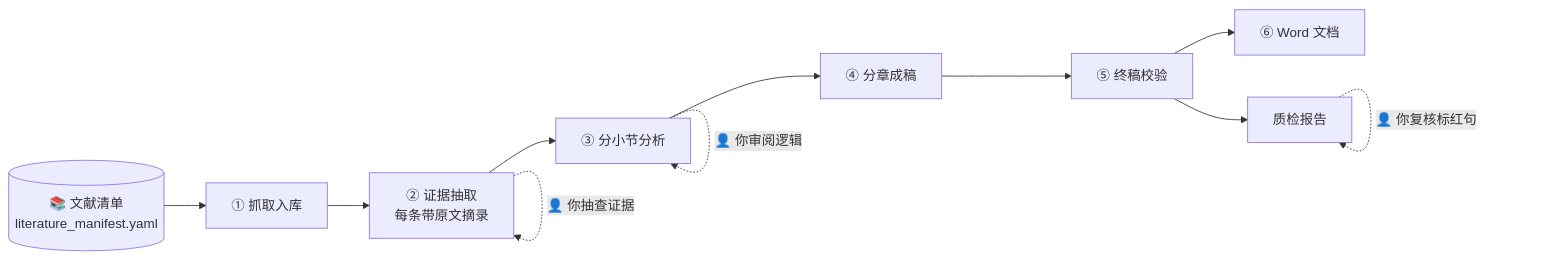
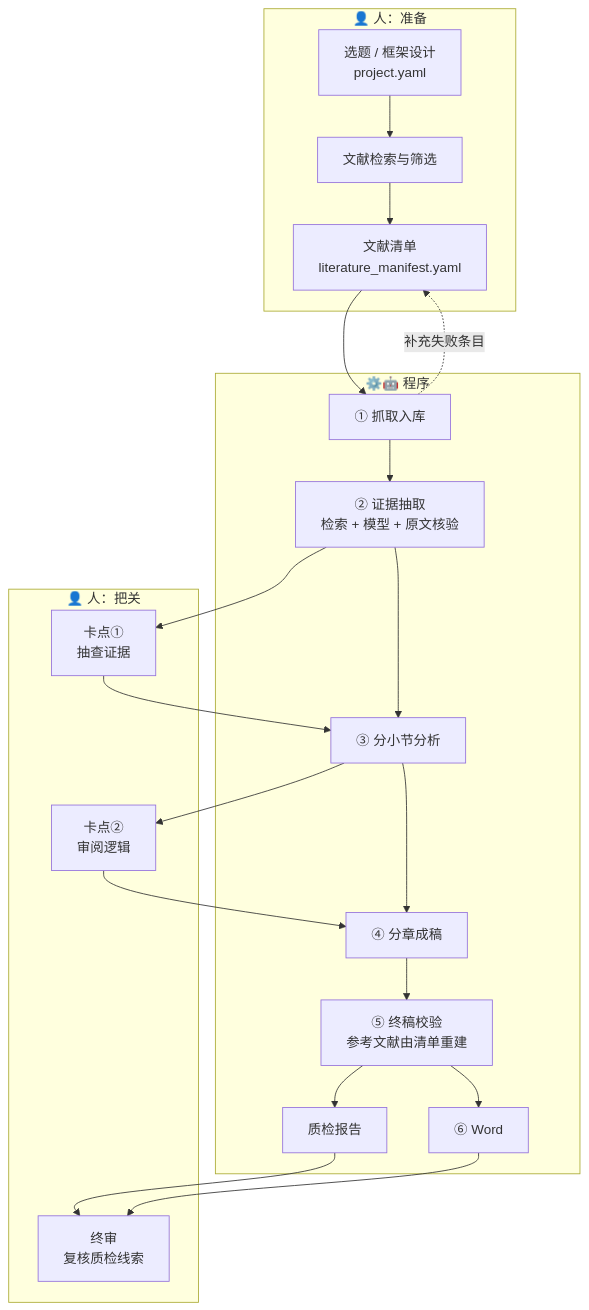
The diagram in README.md (Andreawwwbnu/Scientific_Report_Workflow), drawn with Mermaid before and after one commit. The commit also changed other lines of this file and 26 other files, not shown here.

````diff
--- a/README.md
+++ b/README.md
@@ -8,13 +64,25 @@
 ```mermaid
-flowchart LR
-    A[("📚 文献清单<br/>literature_manifest.yaml")] --> B["① 抓取入库"]
-    B --> C["② 证据抽取<br/>每条带原文摘录"]
-    C --> D["③ 分小节分析"]
-    D --> E["④ 分章成稿"]
-    E --> F["⑤ 终稿校验"]
-    F --> G["⑥ Word 文档"]
-    F --> H["质检报告"]
-    C -. "👤 你抽查证据" .-> C
-    D -. "👤 你审阅逻辑" .-> D
-    H -. "👤 你复核标红句" .-> H
+flowchart TB
+    subgraph H1["👤 人：准备"]
+        A0["选题 / 框架设计<br/>project.yaml"] --> A1["文献检索与筛选"] --> A2["文献清单<br/>literature_manifest.yaml"]
+    end
+    subgraph P["⚙️🤖 程序"]
+        B["① 抓取入库"] --> C["② 证据抽取<br/>检索 + 模型 + 原文核验"]
+        C --> D["③ 分小节分析"]
+        D --> E["④ 分章成稿"]
+        E --> F["⑤ 终稿校验<br/>参考文献由清单重建"]
+        F --> G["⑥ Word"]
+        F --> Q["质检报告"]
+    end
+    subgraph H2["👤 人：把关"]
+        K1["卡点①<br/>抽查证据"]
+        K2["卡点②<br/>审阅逻辑"]
+        K3["终审<br/>复核质检线索"]
+    end
+    A2 --> B
+    B -. 补充失败条目 .-> A2
+    C --> K1 --> D
+    D --> K2 --> E
+    Q --> K3
+    G --> K3
 ```
````
